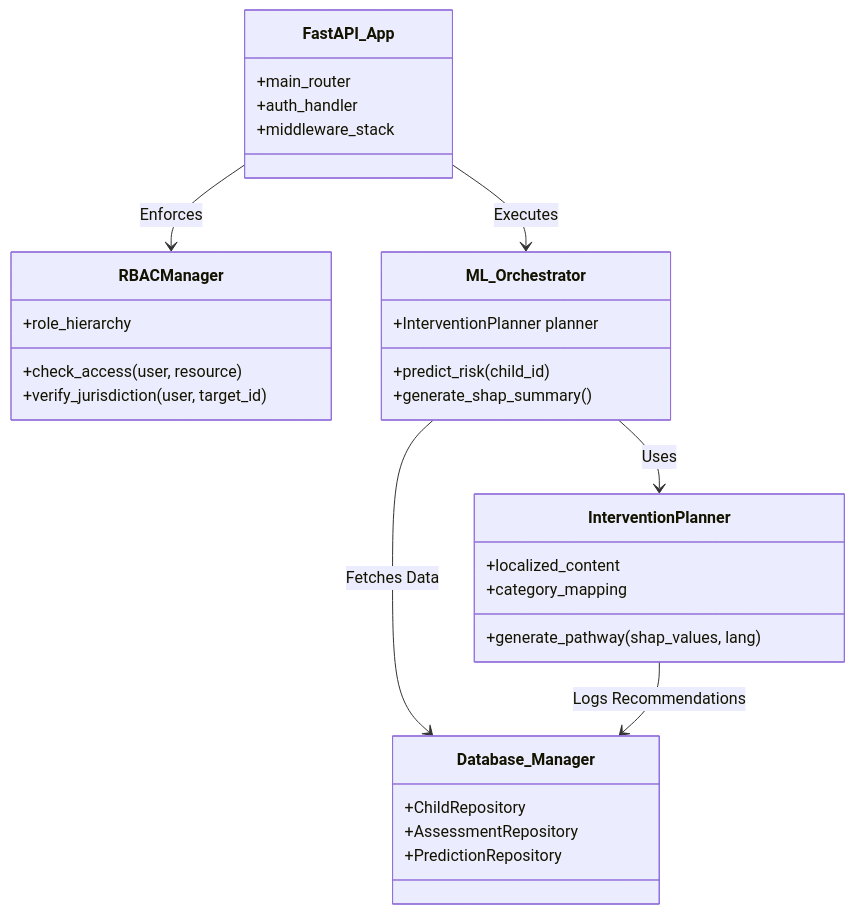
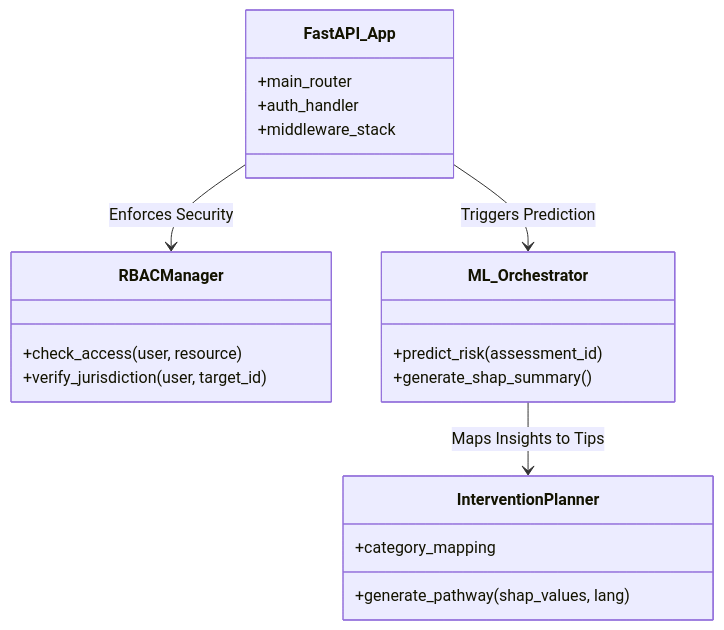
One commit to shaik7867867860089-stack/Autism changed the first of 3 diagrams in PROJECT_DOCUMENTATION.md. Above: the diagram before and after it, drawn with Mermaid. The commit also changed other lines of this file, not shown here.

````diff
--- a/PROJECT_DOCUMENTATION.md
+++ b/PROJECT_DOCUMENTATION.md
@@ -65,38 +57,27 @@
 ```mermaid
 classDiagram
     class FastAPI_App {
         +main_router
         +auth_handler
         +middleware_stack
     }
 
     class RBACManager {
         +check_access(user, resource)
         +verify_jurisdiction(user, target_id)
-        +role_hierarchy
     }
 
     class ML_Orchestrator {
-        +predict_risk(child_id)
+        +predict_risk(assessment_id)
         +generate_shap_summary()
-        +InterventionPlanner planner
     }
 
     class InterventionPlanner {
         +generate_pathway(shap_values, lang)
-        +localized_content
         +category_mapping
     }
 
-    class Database_Manager {
-        +ChildRepository
-        +AssessmentRepository
-        +PredictionRepository
-    }
-
-    FastAPI_App --> RBACManager : Enforces
-    FastAPI_App --> ML_Orchestrator : Executes
-    ML_Orchestrator --> InterventionPlanner : Uses
-    ML_Orchestrator --> Database_Manager : Fetches Data
-    InterventionPlanner --> Database_Manager : Logs Recommendations
+    FastAPI_App --> RBACManager : Enforces Security
+    FastAPI_App --> ML_Orchestrator : Triggers Prediction
+    ML_Orchestrator --> InterventionPlanner : Maps Insights to Tips
 ```
````
